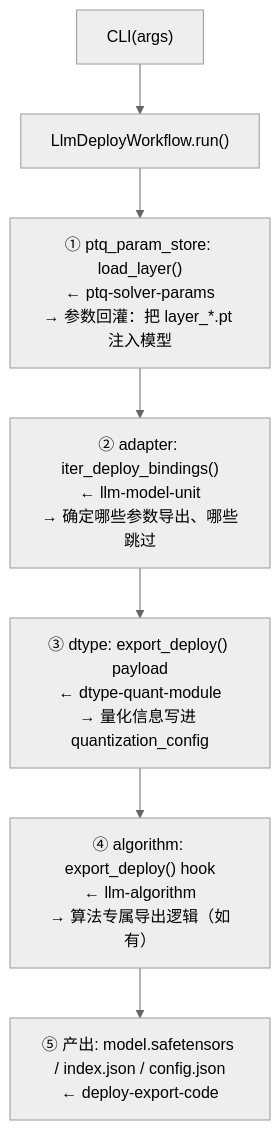
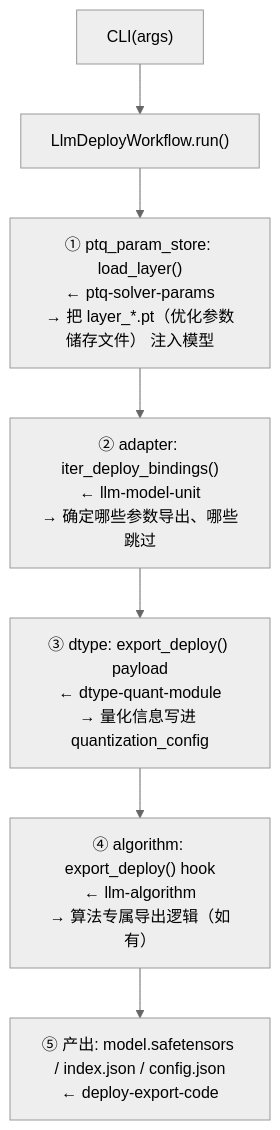
Before and after one commit to Atlas-Ascend-Fork/amct: the fourth of 5 diagrams in .agents/docs/amct_coder_analysis/data_flow_design_v2.md, drawn with Mermaid (neutral theme). The commit also changed other lines of this file, not shown here.

````diff
--- a/.agents/docs/amct_coder_analysis/data_flow_design_v2.md
+++ b/.agents/docs/amct_coder_analysis/data_flow_design_v2.md
@@ -107,9 +107,9 @@
 ```mermaid
 flowchart TD
     A["CLI(args)"] --> B["LlmDeployWorkflow.run()"]
-    B --> C["① ptq_param_store: load_layer()<br/>← ptq-solver-params<br/>→ 参数回灌：把 layer_*.pt 注入模型"]
+    B --> C["① ptq_param_store: load_layer()<br/>← ptq-solver-params<br/>→ 把 layer_*.pt（优化参数储存文件） 注入模型"]
     C --> D["② adapter: iter_deploy_bindings()<br/>← llm-model-unit<br/>→ 确定哪些参数导出、哪些跳过"]
     D --> E["③ dtype: export_deploy() payload<br/>← dtype-quant-module<br/>→ 量化信息写进 quantization_config"]
     E --> F["④ algorithm: export_deploy() hook<br/>← llm-algorithm<br/>→ 算法专属导出逻辑（如有）"]
     F --> G["⑤ 产出: model.safetensors / index.json / config.json<br/>← deploy-export-code"]
 ```
````
